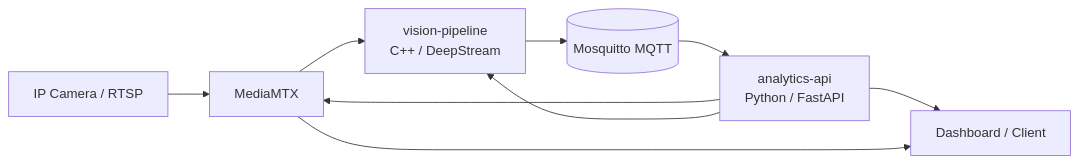
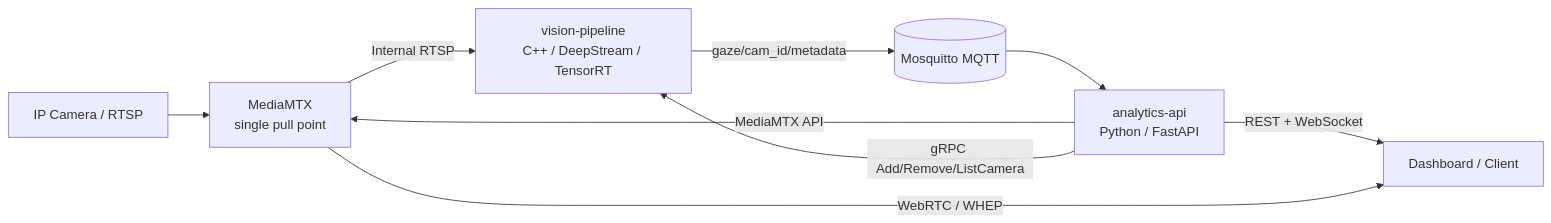
Before and after one commit to quanganh2k4/head-pose-estimation: the diagram in README.md, drawn with Mermaid. The commit also changed other lines of this file and 1 other file, not shown here.

````diff
--- a/README.md
+++ b/README.md
@@ -25,11 +38,11 @@
-```mermaid
+~~~mermaid
 flowchart LR
-    Camera[IP Camera / RTSP] --> MTX[MediaMTX]
-    MTX --> Vision[vision-pipeline\nC++ / DeepStream]
-    Vision --> MQTT[(Mosquitto MQTT)]
-    MQTT --> API[analytics-api\nPython / FastAPI]
-    API --> Client[Dashboard / Client]
-    MTX --> Client
-    API --> MTX
-    API --> Vision
-```
+    Camera[IP Camera / RTSP] --> MTX[MediaMTX<br/>single pull point]
+    MTX -->|Internal RTSP| Vision[vision-pipeline<br/>C++ / DeepStream / TensorRT]
+    Vision -->|gaze/cam_id/metadata| MQTT[(Mosquitto MQTT)]
+    MQTT --> Analytics[analytics-api<br/>Python / FastAPI]
+    Analytics -->|REST + WebSocket| Client[Dashboard / Client]
+    MTX -->|WebRTC / WHEP| Client
+    Analytics -->|MediaMTX API| MTX
+    Analytics -->|gRPC Add/Remove/ListCamera| Vision
+~~~
````
